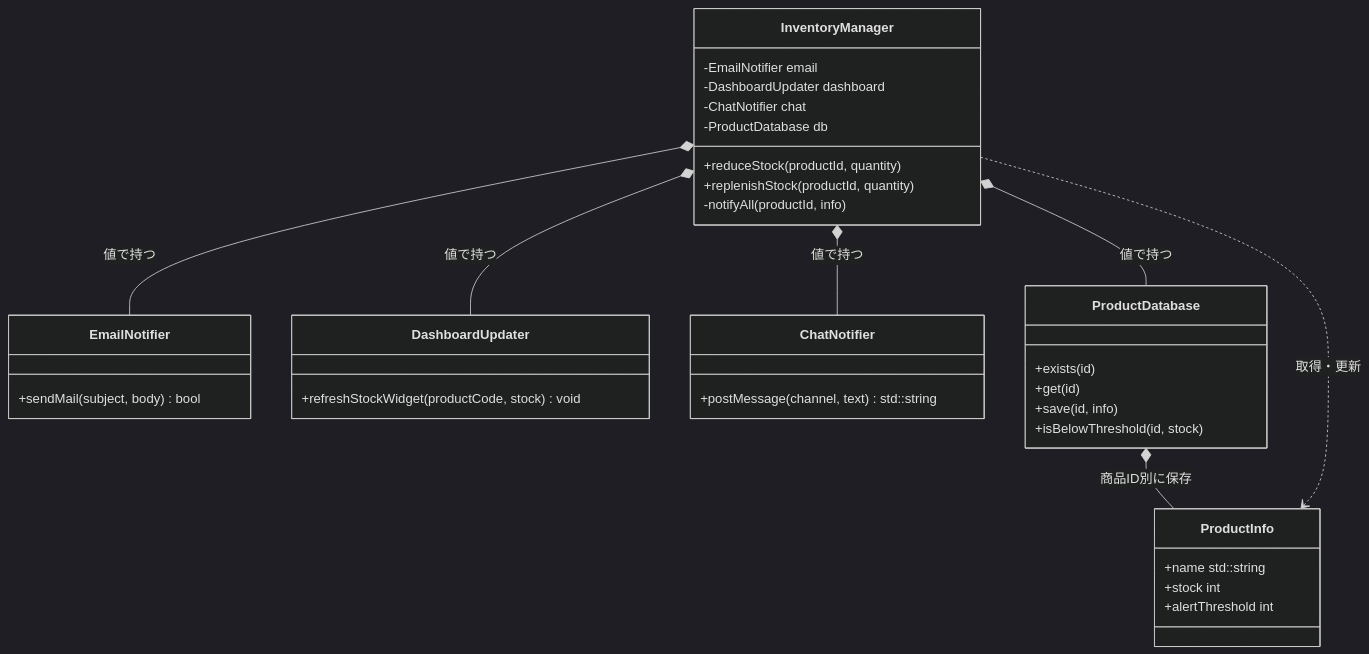
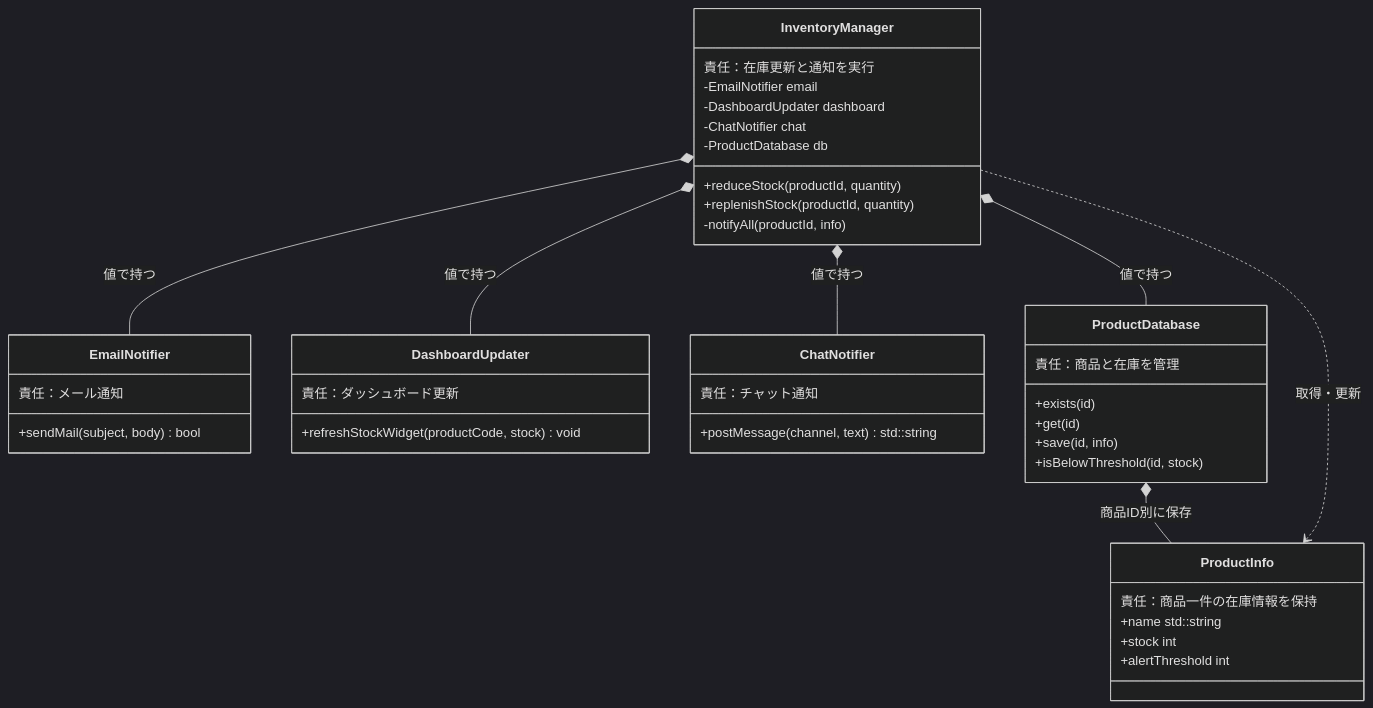
Before and after one commit to kumachan1101-pixel/DesignPattern: the third of 21 diagrams in kindle/design-patterns/books/volume01-core-patterns/output/05-chapter03.md, drawn with Mermaid (dark theme). The commit also changed other lines of this file and 12 other files, not shown here.

````diff
--- a/kindle/design-patterns/books/volume01-core-patterns/output/05-chapter03.md
+++ b/kindle/design-patterns/books/volume01-core-patterns/output/05-chapter03.md
@@ -261,39 +261,45 @@
 ```mermaid
 classDiagram
     class InventoryManager {
+        責任：在庫更新と通知を実行
         -EmailNotifier email
         -DashboardUpdater dashboard
         -ChatNotifier chat
         -ProductDatabase db
         +reduceStock(productId, quantity)
         +replenishStock(productId, quantity)
         -notifyAll(productId, info)
     }
     class EmailNotifier {
+        責任：メール通知
         +sendMail(subject, body) bool
     }
     class DashboardUpdater {
+        責任：ダッシュボード更新
         +refreshStockWidget(productCode, stock) void
     }
     class ChatNotifier {
+        責任：チャット通知
         +postMessage(channel, text) std::string
     }
     class ProductDatabase {
+        責任：商品と在庫を管理
         +exists(id)
         +get(id)
         +save(id, info)
         +isBelowThreshold(id, stock)
     }
     class ProductInfo {
+        責任：商品一件の在庫情報を保持
         +name std::string
         +stock int
         +alertThreshold int
     }
     InventoryManager *-- EmailNotifier : 値で持つ
     InventoryManager *-- DashboardUpdater : 値で持つ
     InventoryManager *-- ChatNotifier : 値で持つ
     InventoryManager *-- ProductDatabase : 値で持つ
     ProductDatabase *-- ProductInfo : 商品ID別に保存
     InventoryManager ..> ProductInfo : 取得・更新
 
 ```
````
